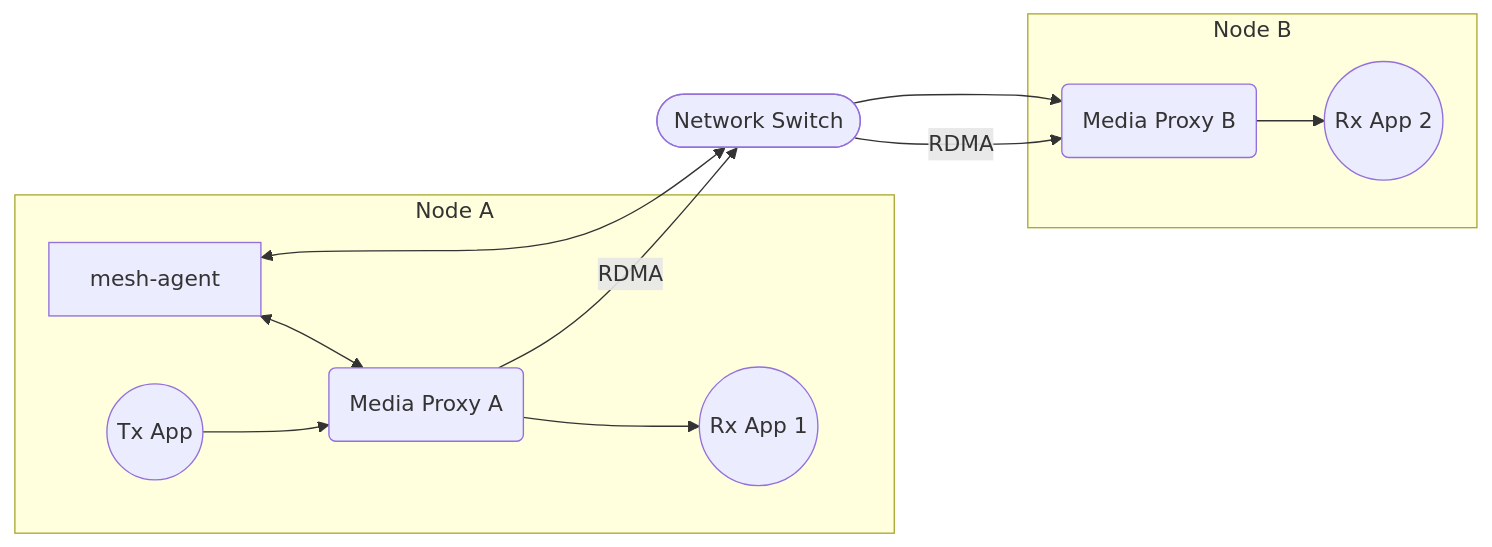
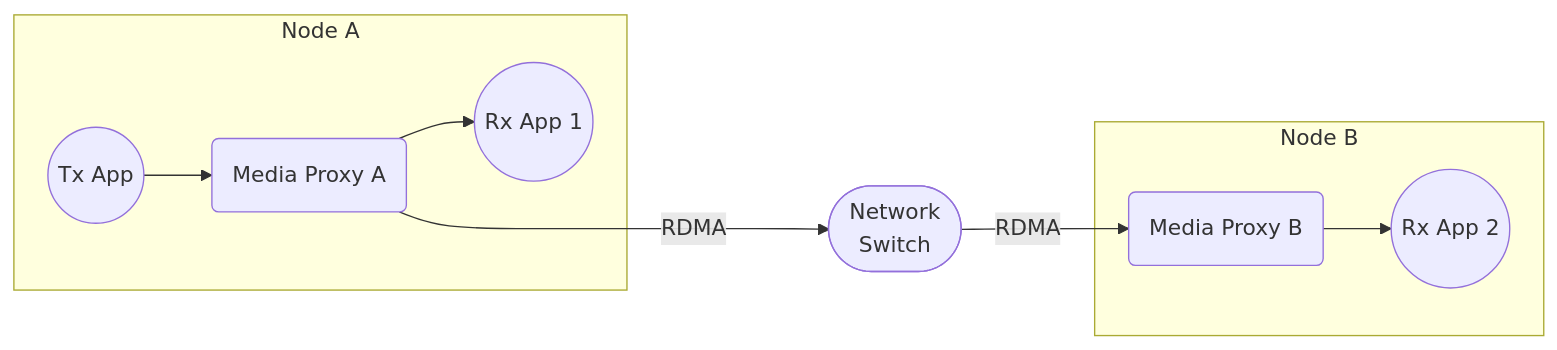
Before and after one commit to OpenVisualCloud/Media-Communications-Mesh: the diagram in tests/validation/docs/test-scenarios/scenario-set-2-rdma/SCENARIO-2.3-2X-NODES-1X-RECEIVER-PER-NODE.md, drawn with Mermaid. The commit also changed 1 other file, not shown here.

Commit message:
graph correction to reverse changes

````diff
--- a/tests/validation/docs/test-scenarios/scenario-set-2-rdma/SCENARIO-2.3-2X-NODES-1X-RECEIVER-PER-NODE.md
+++ b/tests/validation/docs/test-scenarios/scenario-set-2-rdma/SCENARIO-2.3-2X-NODES-1X-RECEIVER-PER-NODE.md
@@ -7,22 +7,19 @@
 ```mermaid
 flowchart LR
-    subgraph Node A
-        meshAgent[mesh-agent]
-        rxA1((Rx App 1))
-        tx((Tx App))
-        proxy1(Media Proxy A)
-        meshAgent <--> proxy1
-    end
     subgraph Node B
         rxB1((Rx App 2))
         proxy2(Media Proxy B)
     end
-    sw(["Network Switch"])
+    subgraph Node A
+        rxA1((Rx App 1))
+        tx((Tx App))
+        proxy1(Media Proxy A)
+    end
+    sw(["Network
+        Switch"])
     tx --> proxy1
     proxy1 --> rxA1
-    proxy1 -->|RDMA| sw
+    proxy1 -- RDMA ----> sw
     sw -- RDMA --> proxy2
     proxy2 --> rxB1
-    meshAgent <--> sw
-    sw --> proxy2
 ```
````
